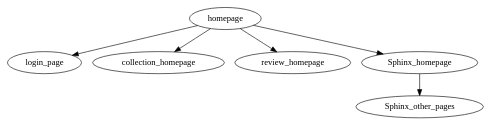
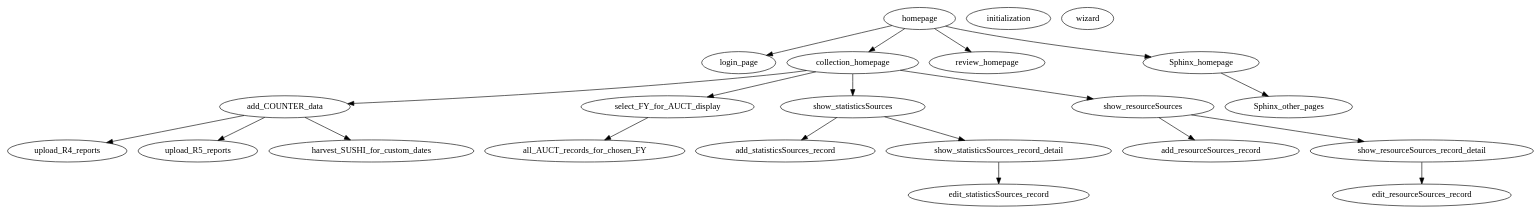
Before and after one commit to ereiskind/nolcat: the diagram in docs/source/sitemap.dot, drawn with Graphviz.

Commit message:
Outline collecting usage statistics section

```diff
--- a/docs/source/sitemap.dot
+++ b/docs/source/sitemap.dot
@@ -1,50 +1,76 @@
 digraph nolcat_sitemap {
     /* *** NoLCAT SITEMAP *** */
 
     /* *** Homepage and Authentication *** */
     // The web app homepage and pages for authentication
     homepage
     homepage -> login_page
     homepage -> collection_homepage
     homepage -> review_homepage
     homepage -> Sphinx_homepage
     
 
     login_page
     // And any other pages needed for authentication
 
 
     /* *** Collecting Usage Statistics *** */
     // Pages for collecting usage statistics
     collection_homepage
+    collection_homepage -> add_COUNTER_data
+    collection_homepage -> select_FY_for_AUCT_display
+    collection_homepage -> show_statisticsSources
+    collection_homepage -> show_resourceSources
+    initialization wizard
+    add_COUNTER_data
+    add_COUNTER_data -> upload_R4_reports
+    add_COUNTER_data -> upload_R5_reports
+    add_COUNTER_data -> harvest_SUSHI_for_custom_dates
+
+    // Pages for ingesting COUNTER data
+    upload_R4_reports
+    upload_R5_reports
+    harvest_SUSHI_for_custom_dates
+
+    // Pages for organizing usage statistics collection
+    select_FY_for_AUCT_display
+    select_FY_for_AUCT_display -> all_AUCT_records_for_chosen_FY
+    all_AUCT_records_for_chosen_FY
     
-    /*
-        - initialization wizard
-        - upload R4 reports
-        - upload R5 reports
-        - run sushi harvester
-        - AUCT
-        - viewing and editing some notes
-    */
+    show_statisticsSources
+    show_statisticsSources -> add_statisticsSources_record
+    show_statisticsSources -> show_statisticsSources_record_detail
+    add_statisticsSources_record
+    show_statisticsSources_record_detail
+    show_statisticsSources_record_detail -> edit_statisticsSources_record
+    edit_statisticsSources_record // Includes adding or editing notes
+
+    show_resourceSources
+    show_resourceSources -> add_resourceSources_record
+    show_resourceSources -> show_resourceSources_record_detail
+    add_resourceSources_record
+    show_resourceSources_record_detail
+    show_resourceSources_record_detail -> edit_resourceSources_record
+    edit_resourceSources_record // Includes adding or editing notes
 
 
     /* *** Reviewing Usage Statistics *** */
     // Pages for reviewing usage data
     review_homepage
 
     /*
         - generate query via dropdown
         - write sql
         - data viz
         - view notes
         - edit notes
     */
 
 
     /* *** Program Documentation *** */
     // The Sphinx documentation for the web app
     Sphinx_homepage
     Sphinx_homepage -> Sphinx_other_pages
 
     Sphinx_other_pages // Use Sphinx itself for site organization
 }
```
